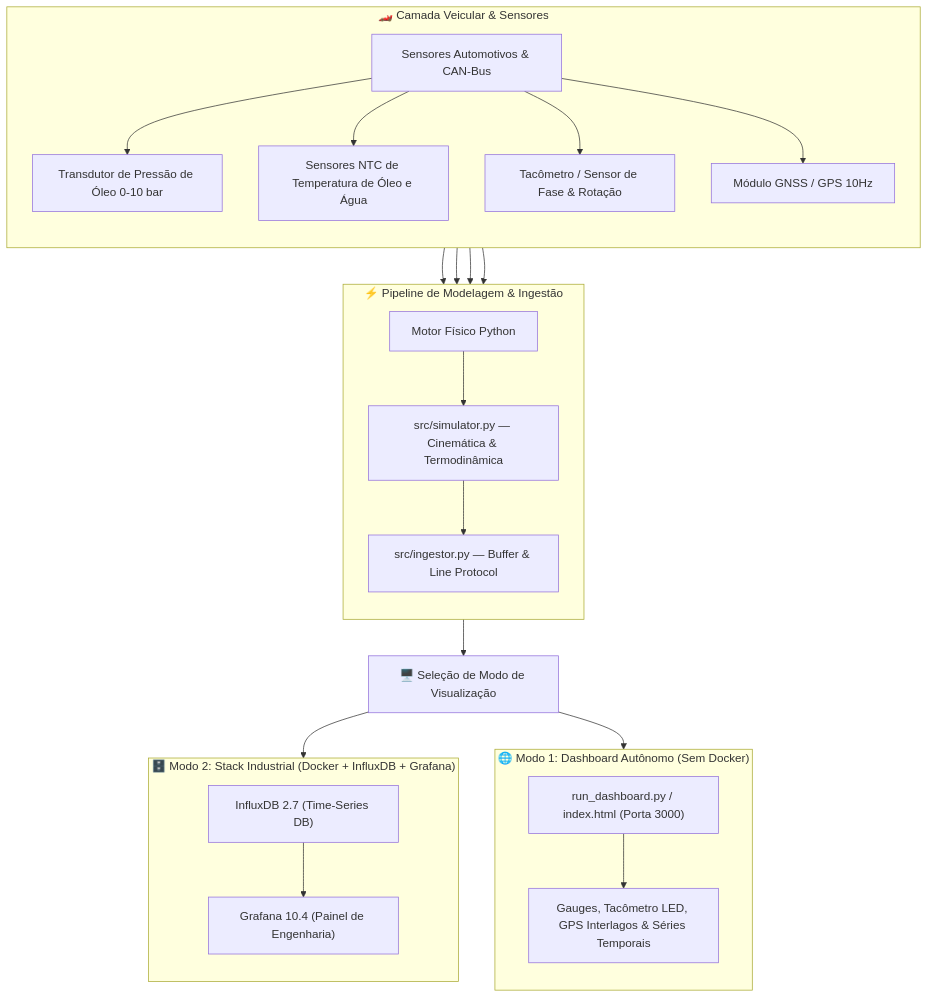
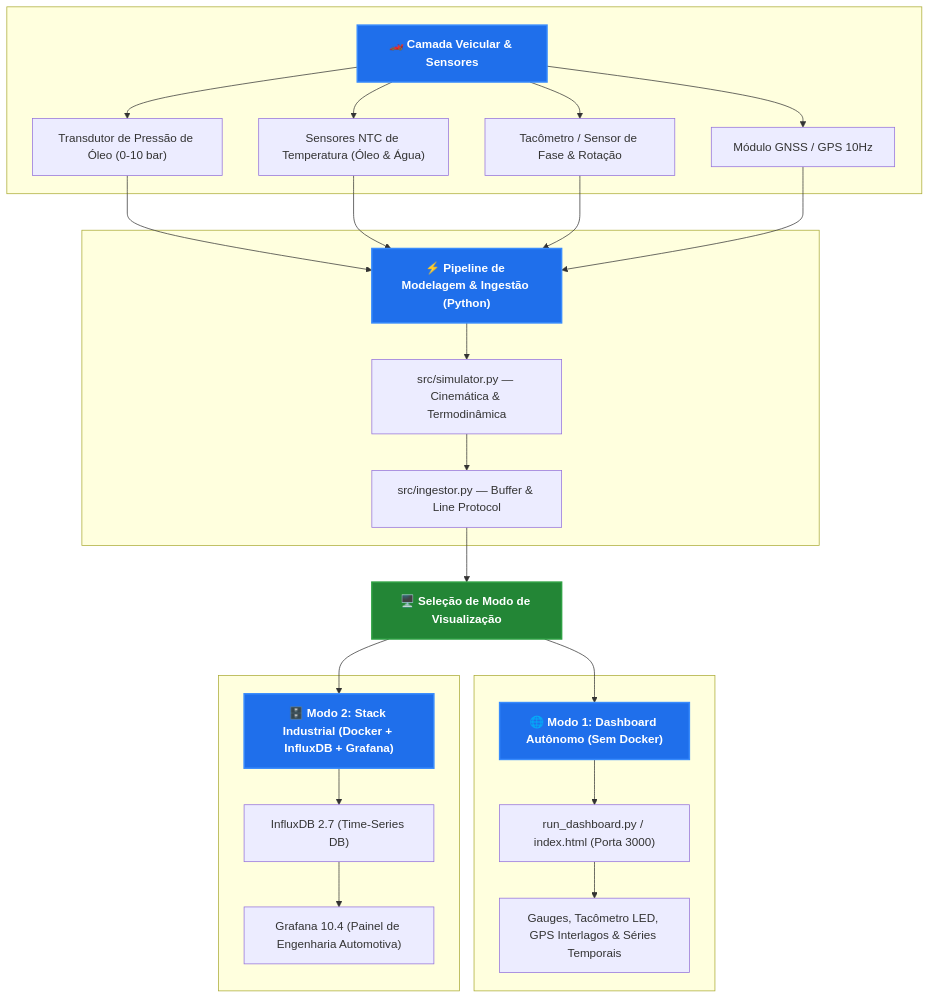
The diagram in README.md (f1scher01/telemetria-veicular-grafana), drawn with Mermaid before and after one commit.

Commit message:
fix(diagram): eliminar cruzamento de setas em titulos de subgrafos no diagrama de arquitetura

````diff
--- a/README.md
+++ b/README.md
@@ -42,41 +42,44 @@
 ```mermaid
 flowchart TD
-    subgraph Aquisicao ["🏎️ Camada Veicular & Sensores"]
-        direction TB
-        H1["Sensores Automotivos & CAN-Bus"]
-        A1["Transdutor de Pressão de Óleo 0-10 bar"]
-        A2["Sensores NTC de Temperatura de Óleo e Água"]
+    subgraph Aquisicao [" "]
+        H1["🏎️ <b>Camada Veicular & Sensores</b>"]
+        A1["Transdutor de Pressão de Óleo (0-10 bar)"]
+        A2["Sensores NTC de Temperatura (Óleo & Água)"]
         A3["Tacômetro / Sensor de Fase & Rotação"]
         A4["Módulo GNSS / GPS 10Hz"]
         H1 --> A1 & A2 & A3 & A4
     end
 
-    subgraph Ingestao ["⚡ Pipeline de Modelagem & Ingestão"]
-        direction TB
-        H2["Motor Físico Python"]
+    subgraph Ingestao [" "]
+        H2["⚡ <b>Pipeline de Modelagem & Ingestão (Python)</b>"]
         B1["src/simulator.py — Cinemática & Termodinâmica"]
         B2["src/ingestor.py — Buffer & Line Protocol"]
         H2 --> B1 --> B2
     end
 
     A1 & A2 & A3 & A4 --> H2
 
-    B2 --> INTERFACE["🖥️ Seleção de Modo de Visualização"]
+    B2 --> INTERFACE["🖥️ <b>Seleção de Modo de Visualização</b>"]
 
-    subgraph VisualizacaoAutonoma ["🌐 Modo 1: Dashboard Autônomo (Sem Docker)"]
-        direction TB
+    subgraph VisualizacaoAutonoma [" "]
+        H3["🌐 <b>Modo 1: Dashboard Autônomo (Sem Docker)</b>"]
         V1["run_dashboard.py / index.html (Porta 3000)"]
         V2["Gauges, Tacômetro LED, GPS Interlagos & Séries Temporais"]
-        V1 --> V2
+        H3 --> V1 --> V2
     end
 
-    subgraph VisualizacaoIndustrial ["🗄️ Modo 2: Stack Industrial (Docker + InfluxDB + Grafana)"]
-        direction TB
+    subgraph VisualizacaoIndustrial [" "]
+        H4["🗄️ <b>Modo 2: Stack Industrial (Docker + InfluxDB + Grafana)</b>"]
         I1["InfluxDB 2.7 (Time-Series DB)"]
-        I2["Grafana 10.4 (Painel de Engenharia)"]
-        I1 --> I2
+        I2["Grafana 10.4 (Painel de Engenharia Automotiva)"]
+        H4 --> I1 --> I2
     end
 
-    INTERFACE --> V1
-    INTERFACE --> I1
+    INTERFACE --> H3
+    INTERFACE --> H4
+
+    classDef header fill:#1f6feb,stroke:#388bfd,stroke-width:2px,color:#ffffff,font-weight:bold;
+    classDef interface fill:#238636,stroke:#2ea043,stroke-width:2px,color:#ffffff,font-weight:bold;
+    class H1,H2,H3,H4 header;
+    class INTERFACE interface;
 ```
````
